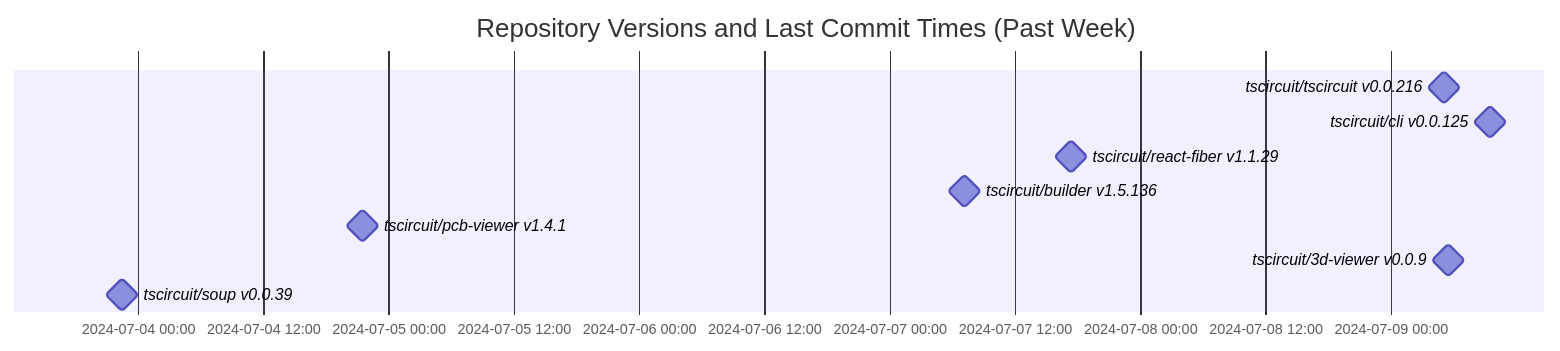
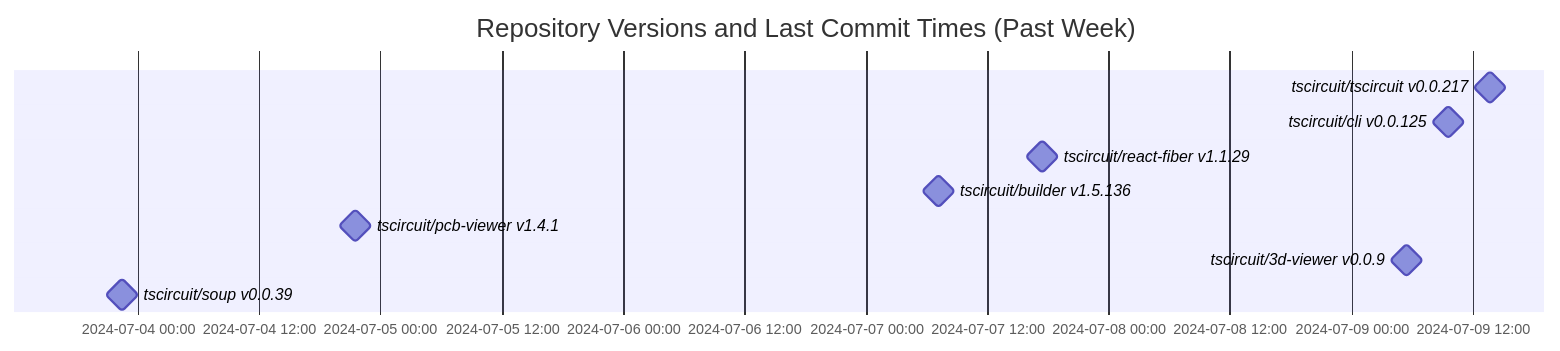
Before and after one commit to tscircuit/version-tracker: the diagram in README.md, drawn with Mermaid.

Commit message:
Update chart

````diff
--- a/README.md
+++ b/README.md
@@ -1,14 +1,14 @@
 ```mermaid
 gantt
   dateFormat  YYYY-MM-DD HH:mm:ss
   title Repository Versions and Last Commit Times (Past Week)
   axisFormat %Y-%m-%d %H:%M
 
-  tscircuit/tscircuit v0.0.216 : milestone, 2024-07-09 05:04:56, 1s
+  tscircuit/tscircuit v0.0.217 : milestone, 2024-07-09 13:42:47, 1s
   tscircuit/cli v0.0.125 : milestone, 2024-07-09 09:30:59, 1s
   tscircuit/react-fiber v1.1.29 : milestone, 2024-07-07 17:23:26, 1s
   tscircuit/builder v1.5.136 : milestone, 2024-07-07 07:13:19, 1s
   tscircuit/pcb-viewer v1.4.1 : milestone, 2024-07-04 21:31:51, 1s
   tscircuit/3d-viewer v0.0.9 : milestone, 2024-07-09 05:28:08, 1s
   tscircuit/soup v0.0.39 : milestone, 2024-07-03 22:27:43, 1s
 ```
````
